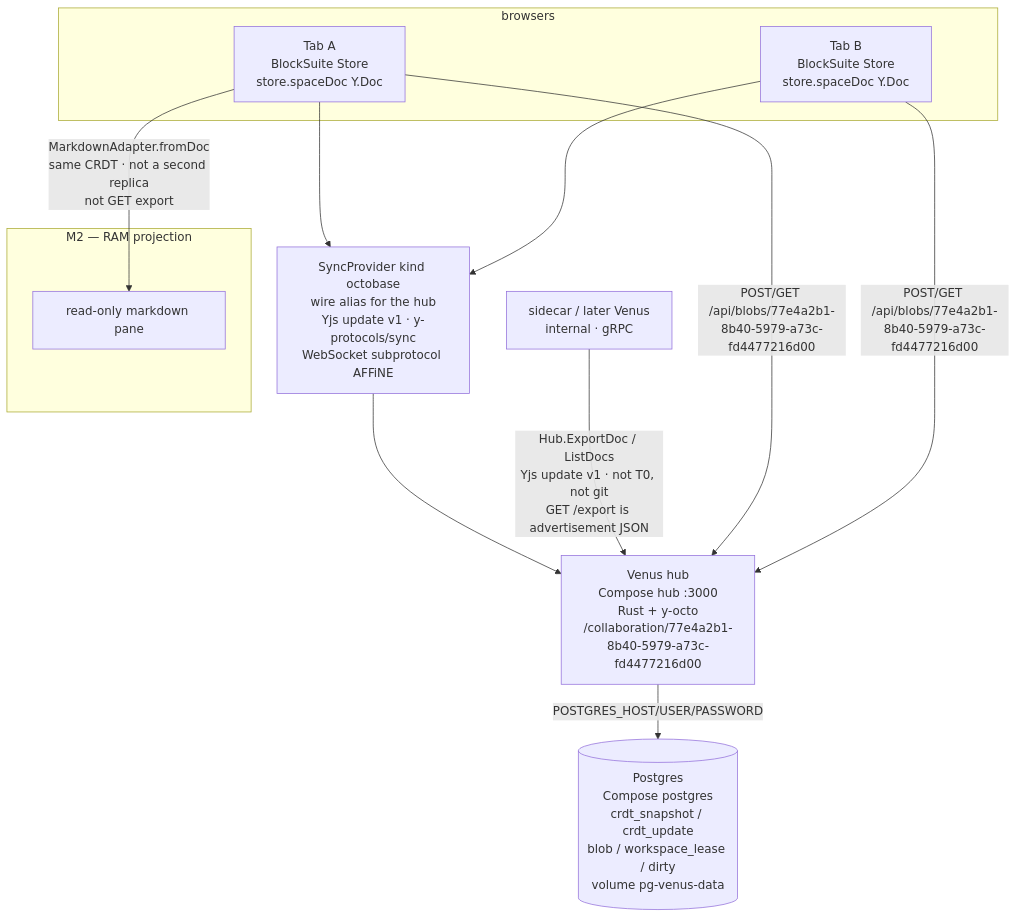
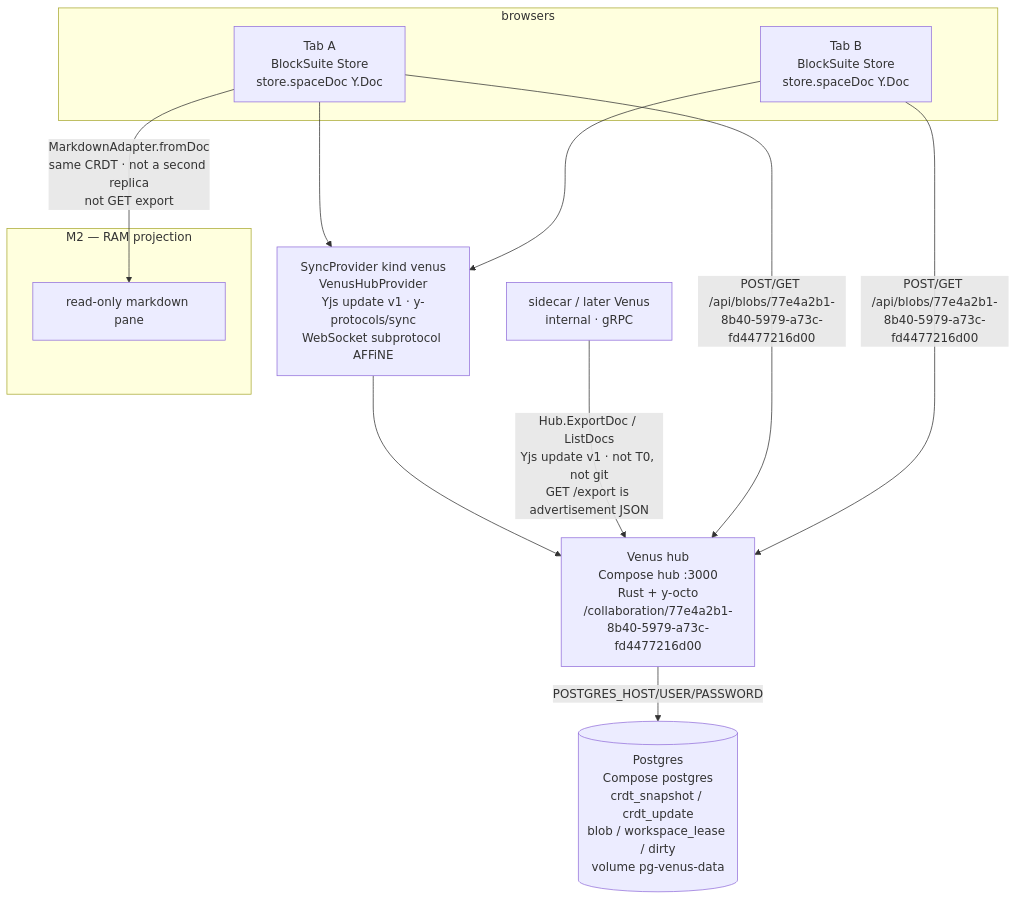
One commit to OpenDOps/Venus changed the diagram in docs/design/architecture.md. Above: the diagram before and after it, drawn with Mermaid. The commit also changed 61 other files, not shown here.

First line of the commit message:
Close M4 step-spaces: persist a second page per wiki (N sockets, one Room, ?doc= uuid) and export it over gRPC, then drop the octobase/keck client alias for VenusHubProvider (kind venus).

````diff
--- a/docs/design/architecture.md
+++ b/docs/design/architecture.md
@@ -31,28 +31,28 @@
 ```mermaid
 flowchart TB
   subgraph browsers["browsers"]
     tabA["Tab A<br/>BlockSuite Store<br/>store.spaceDoc Y.Doc"]
     tabB["Tab B<br/>BlockSuite Store<br/>store.spaceDoc Y.Doc"]
   end
 
-  ws["SyncProvider kind octobase<br/>wire alias for the hub<br/>Yjs update v1 · y-protocols/sync<br/>WebSocket subprotocol AFFiNE"]
+  ws["SyncProvider kind venus<br/>VenusHubProvider<br/>Yjs update v1 · y-protocols/sync<br/>WebSocket subprotocol AFFiNE"]
   hub["Venus hub<br/>Compose hub :3000<br/>Rust + y-octo<br/>/collaboration/77e4a2b1-8b40-5979-a73c-fd4477216d00"]
   pg[("Postgres<br/>Compose postgres<br/>crdt_snapshot / crdt_update<br/>blob / workspace_lease / dirty<br/>volume pg-venus-data")]
 
   tabA --> ws
   tabB --> ws
   ws --> hub
   hub -->|"POSTGRES_HOST/USER/PASSWORD"| pg
 
   exportClient["sidecar / later Venus<br/>internal · gRPC"]
   exportClient -->|"Hub.ExportDoc / ListDocs<br/>Yjs update v1 · not T0, not git<br/>GET /export is advertisement JSON"| hub
 
   tabA -->|"POST/GET /api/blobs/77e4a2b1-8b40-5979-a73c-fd4477216d00"| hub
   tabB -->|"POST/GET /api/blobs/77e4a2b1-8b40-5979-a73c-fd4477216d00"| hub
 
   subgraph m2["M2 — RAM projection"]
     pane["read-only markdown pane"]
   end
 
   tabA -->|"MarkdownAdapter.fromDoc<br/>same CRDT · not a second replica<br/>not GET export"| pane
 ```
````
